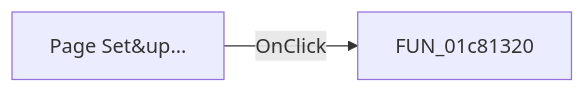
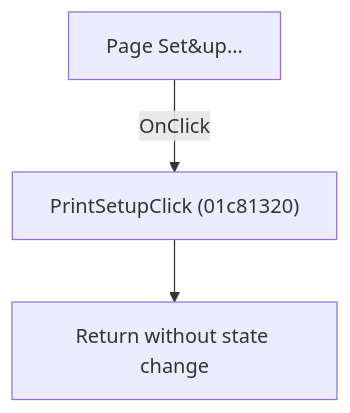
One commit to MovGP0/TIARA changed the diagram in docs/ui-controls/schematiceditor/printsetup-35a1fd4f32.md. Above: the diagram before and after it, drawn with Mermaid. The commit also changed other lines of this file and 1062 other files, not shown here.

````diff
--- a/docs/ui-controls/schematiceditor/printsetup-35a1fd4f32.md
+++ b/docs/ui-controls/schematiceditor/printsetup-35a1fd4f32.md
@@ -27,4 +27,5 @@
 ```mermaid
-flowchart LR
-    control["Page Set&up..."] -->|OnClick| handler["FUN_01c81320"]
+flowchart TD
+    control["Page Set&up..."] -->|"OnClick"| handler["PrintSetupClick (01c81320)"]
+    handler --> return["Return without state change"]
 ```
````
